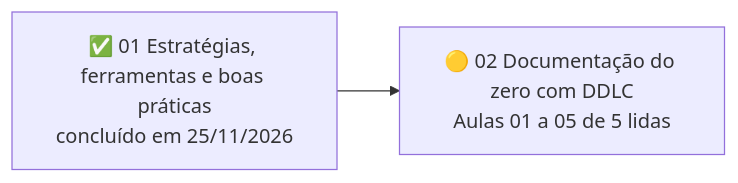
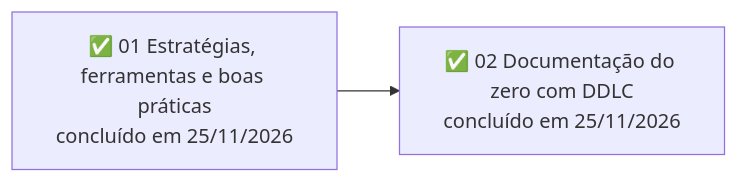
Before and after one commit to letsprown-code/po-learning-journal: the fifth of 7 diagrams in mapa-de-estudos.md, drawn with Mermaid. The commit also changed other lines of this file and 2 other files, not shown here.

First line of the commit message:
Alura TW 02 concluído na plataforma (100%); formação Technical Writing concluída

```diff
--- a/mapa-de-estudos.md
+++ b/mapa-de-estudos.md
@@ -171,4 +171,4 @@
 ~~~mermaid
 flowchart LR
-    C1["✅ 01 Estratégias, ferramentas e boas práticas<br/>concluído em 25/11/2026"] --> C2["🟡 02 Documentação do zero com DDLC<br/>Aulas 01 a 05 de 5 lidas"]
+    C1["✅ 01 Estratégias, ferramentas e boas práticas<br/>concluído em 25/11/2026"] --> C2["✅ 02 Documentação do zero com DDLC<br/>concluído em 25/11/2026"]
 ~~~
```
